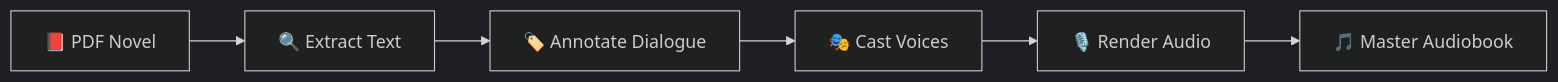
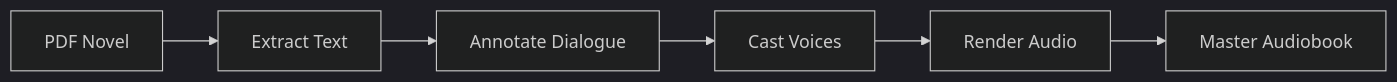
Before and after one commit to jwardwell7077/agent-audiobook-maker: the diagram in docs/GETTING_STARTED.md, drawn with Mermaid (dark theme). The commit also changed 6 other files, not shown here.

````diff
--- a/docs/GETTING_STARTED.md
+++ b/docs/GETTING_STARTED.md
@@ -9,8 +9,8 @@
 ```mermaid
 graph LR
-    PDF[📕 PDF Novel] --> Extract[🔍 Extract Text]
-    Extract --> Annotate[🏷️ Annotate Dialogue]
-    Annotate --> Cast[🎭 Cast Voices] 
-    Cast --> Render[🎙️ Render Audio]
-    Render --> Master[🎵 Master Audiobook]
+    PDF[PDF Novel] --> Extract[Extract Text]
+    Extract --> Annotate[Annotate Dialogue]
+    Annotate --> Cast[Cast Voices] 
+    Cast --> Render[Render Audio]
+    Render --> Master[Master Audiobook]
 ```
````
